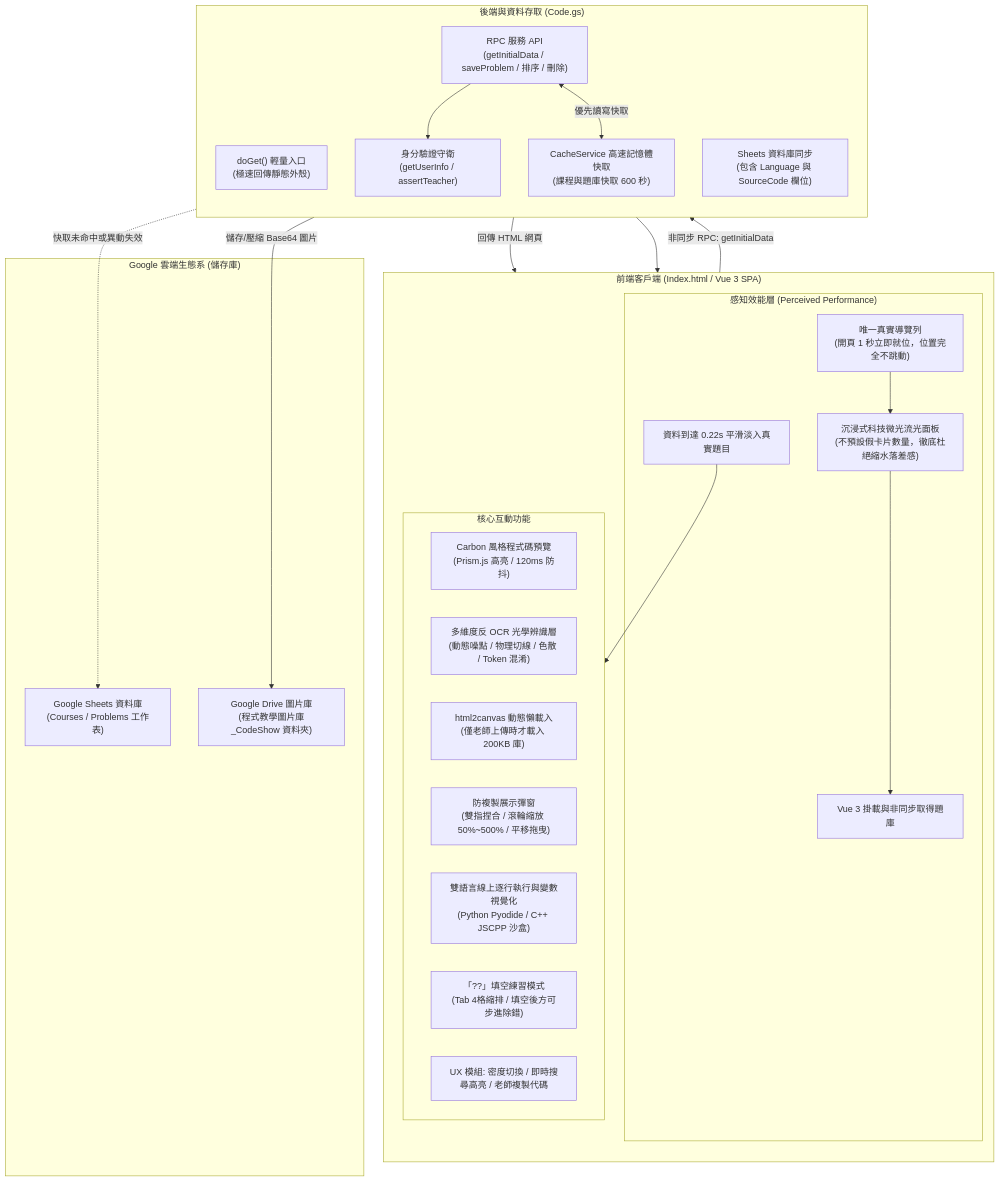
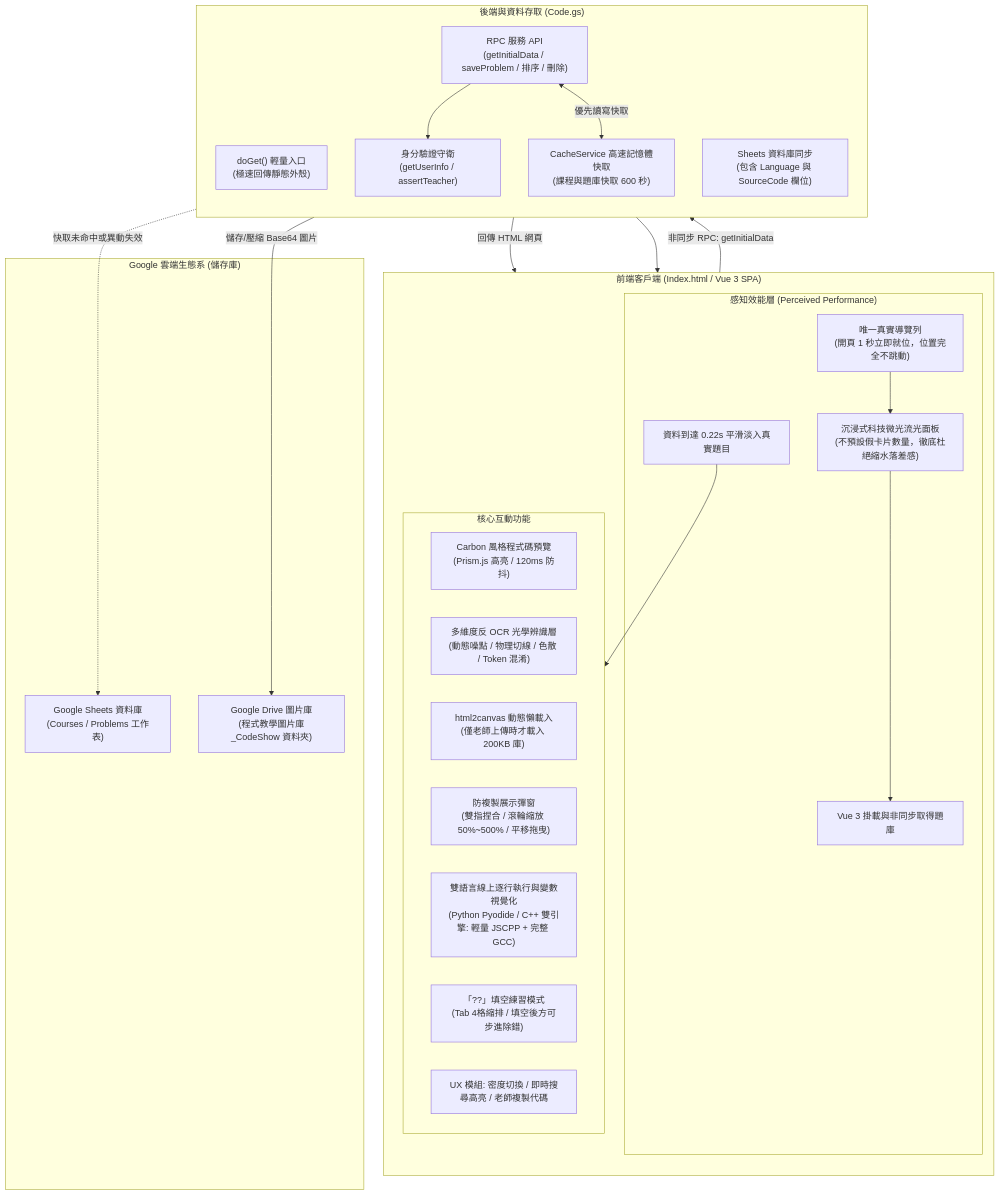
One commit to lincube7/CodeShow changed the diagram in README.md. Above: the diagram before and after it, drawn with Mermaid. The commit also changed other lines of this file and 3 other files, not shown here.

First line of the commit message:
feat(cpp-engine): 實作 C++ 雙編譯/逐行除錯引擎 (輕量 JSCPP + 完整 GCC Godbolt) 並修復逐步輸出同步問題

````diff
--- a/README.md
+++ b/README.md
@@ -9,48 +9,48 @@
 ```mermaid
 flowchart TD
     subgraph Client ["前端客戶端 (Index.html / Vue 3 SPA)"]
         direction TB
         subgraph PerceivedLoad ["感知效能層 (Perceived Performance)"]
             NativeHeader["唯一真實導覽列<br/>(開頁 1 秒立即就位，位置完全不跳動)"]
             GlowSweepPanel["沉浸式科技微光流光面板<br/>(不預設假卡片數量，徹底杜絕縮水落差感)"]
             Vue_Mount["Vue 3 掛載與非同步取得題庫"]
             RealDataTransition["資料到達 0.22s 平滑淡入真實題目"]
         end
 
         subgraph CoreFeatures ["核心互動功能"]
             CarbonPreview["Carbon 風格程式碼預覽<br/>(Prism.js 高亮 / 120ms 防抖)"]
             AntiOCR["多維度反 OCR 光學辨識層<br/>(動態噪點 / 物理切線 / 色散 / Token 混淆)"]
             LazyH2C["html2canvas 動態懶載入<br/>(僅老師上傳時才載入 200KB 庫)"]
             Viewer["防複製展示彈窗<br/>(雙指捏合 / 滾輪縮放 50%~500% / 平移拖曳)"]
-            CodeExec["雙語言線上逐行執行與變數視覺化<br/>(Python Pyodide / C++ JSCPP 沙盒)"]
+            CodeExec["雙語言線上逐行執行與變數視覺化<br/>(Python Pyodide / C++ 雙引擎: 輕量 JSCPP + 完整 GCC)"]
             FillBlank["「??」填空練習模式<br/>(Tab 4格縮排 / 填空後方可步進除錯)"]
             UX["UX 模組: 密度切換 / 即時搜尋高亮 / 老師複製代碼"]
         end
     end
 
     subgraph Backend ["後端與資料存取 (Code.gs)"]
         direction TB
         DoGet["doGet() 輕量入口<br/>(極速回傳靜態外殼)"]
         AuthModule["身分驗證守衛<br/>(getUserInfo / assertTeacher)"]
         CacheModule["CacheService 高速記憶體快取<br/>(課程與題庫快取 600 秒)"]
         RPC_API["RPC 服務 API<br/>(getInitialData / saveProblem / 排序 / 刪除)"]
         SheetsStorage["Sheets 資料庫同步<br/>(包含 Language 與 SourceCode 欄位)"]
     end
 
     subgraph CloudStorage ["Google 雲端生態系 (儲存庫)"]
         Sheets["Google Sheets 資料庫<br/>(Courses / Problems 工作表)"]
         Drive["Google Drive 圖片庫<br/>(程式教學圖片庫_CodeShow 資料夾)"]
     end
 
     %% 連線關係
     DoGet -->|回傳 HTML 網頁| NativeHeader
     NativeHeader --> GlowSweepPanel
     GlowSweepPanel --> Vue_Mount
     Vue_Mount -->|非同步 RPC: getInitialData| RPC_API
     RPC_API --> AuthModule
     RPC_API <-->|優先讀寫快取| CacheModule
     CacheModule -.快取未命中或異動失效.-> Sheets
     RPC_API -->|儲存/壓縮 Base64 圖片| Drive
     RPC_API --> RealDataTransition
     RealDataTransition --> CoreFeatures
 ```
````
